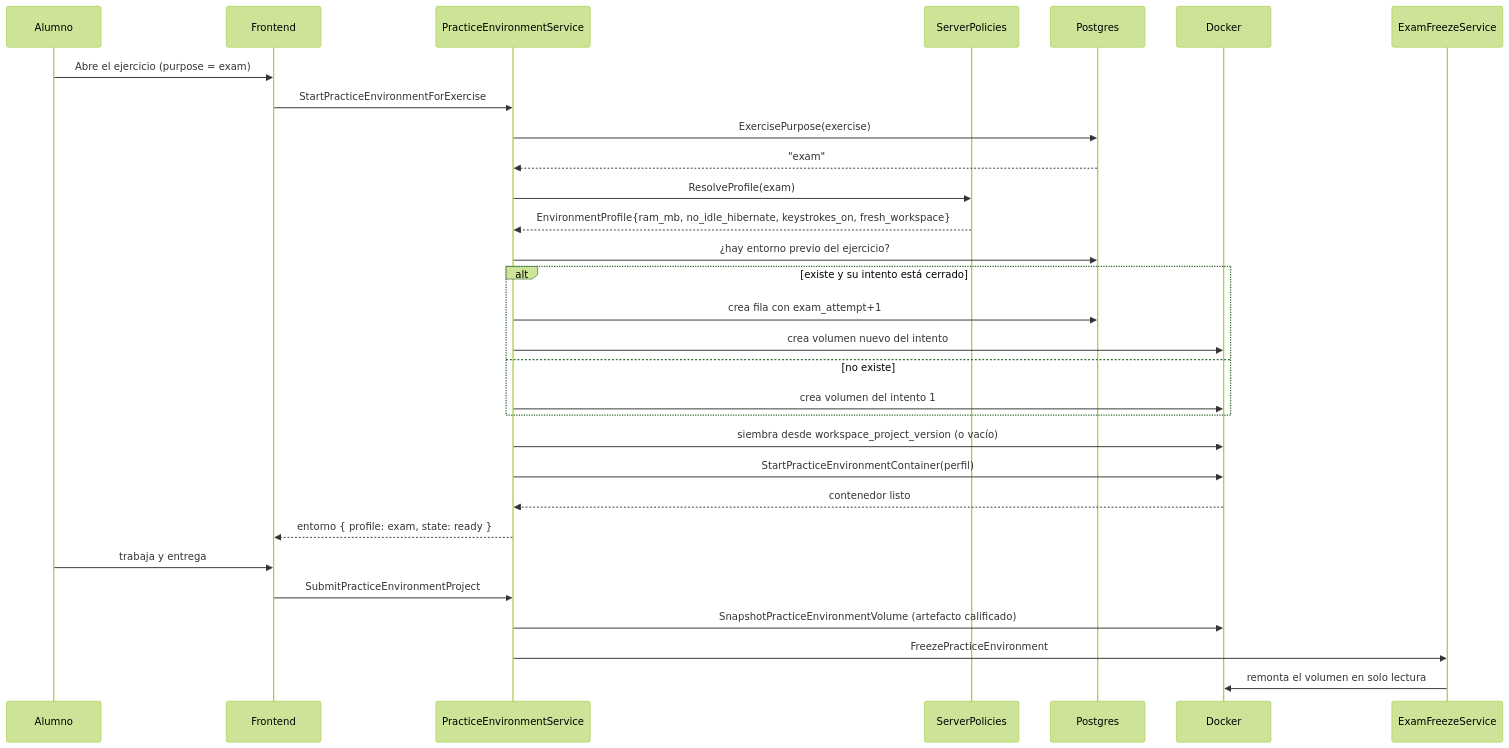
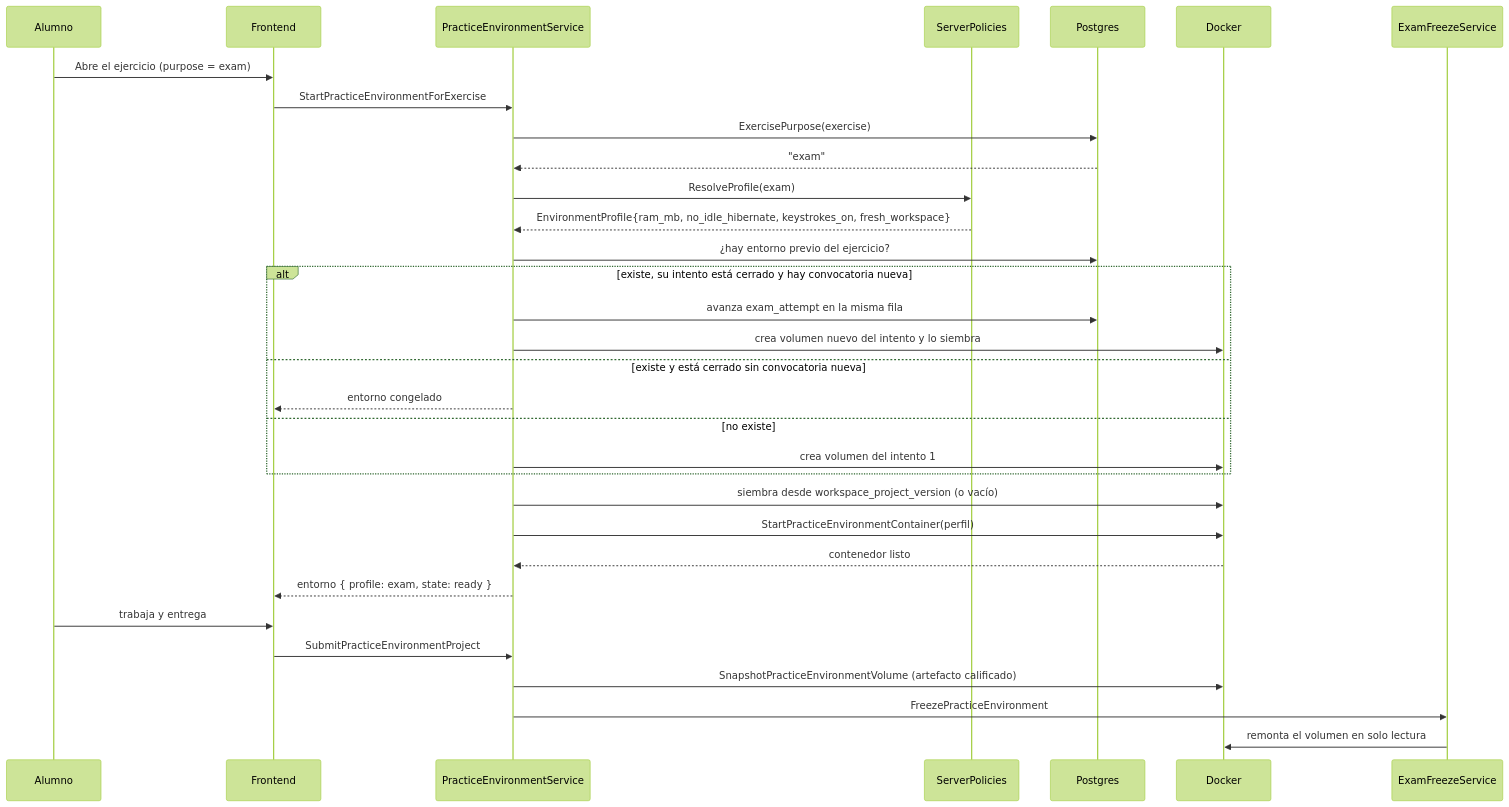
One commit to AlvaroRiveraCarhuani/SOLV_PG changed the diagram in openspec/changes/separar-practica-y-examen/design.md. Above: the diagram before and after it, drawn with Mermaid (forest theme). The commit also changed other lines of this file and 96 other files, not shown here.

````diff
--- a/openspec/changes/separar-practica-y-examen/design.md
+++ b/openspec/changes/separar-practica-y-examen/design.md
@@ -60,33 +64,35 @@
 ```mermaid
 sequenceDiagram
     participant A as Alumno
     participant F as Frontend
     participant S as PracticeEnvironmentService
     participant P as ServerPolicies
     participant R as Postgres
     participant D as Docker
     participant X as ExamFreezeService
 
     A->>F: Abre el ejercicio (purpose = exam)
     F->>S: StartPracticeEnvironmentForExercise
     S->>R: ExercisePurpose(exercise)
     R-->>S: "exam"
     S->>P: ResolveProfile(exam)
     P-->>S: EnvironmentProfile{ram_mb, no_idle_hibernate, keystrokes_on, fresh_workspace}
     S->>R: ¿hay entorno previo del ejercicio?
-    alt existe y su intento está cerrado
-        S->>R: crea fila con exam_attempt+1
-        S->>D: crea volumen nuevo del intento
+    alt existe, su intento está cerrado y hay convocatoria nueva
+        S->>R: avanza exam_attempt en la misma fila
+        S->>D: crea volumen nuevo del intento y lo siembra
+    else existe y está cerrado sin convocatoria nueva
+        S-->>F: entorno congelado
     else no existe
         S->>D: crea volumen del intento 1
     end
     S->>D: siembra desde workspace_project_version (o vacío)
     S->>D: StartPracticeEnvironmentContainer(perfil)
     D-->>S: contenedor listo
     S-->>F: entorno { profile: exam, state: ready }
     A->>F: trabaja y entrega
     F->>S: SubmitPracticeEnvironmentProject
     S->>D: SnapshotPracticeEnvironmentVolume (artefacto calificado)
     S->>X: FreezePracticeEnvironment
     X->>D: remonta el volumen en solo lectura
 ```
````
